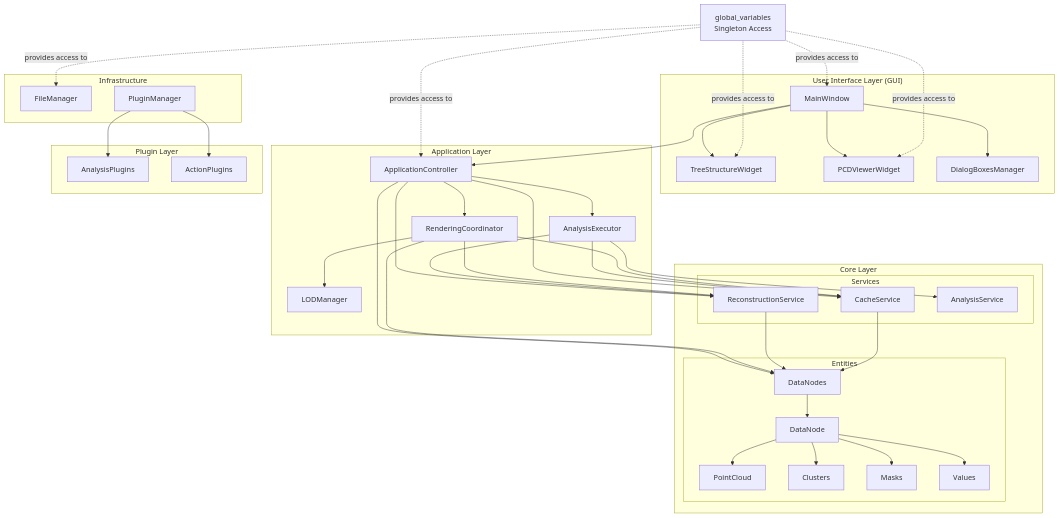
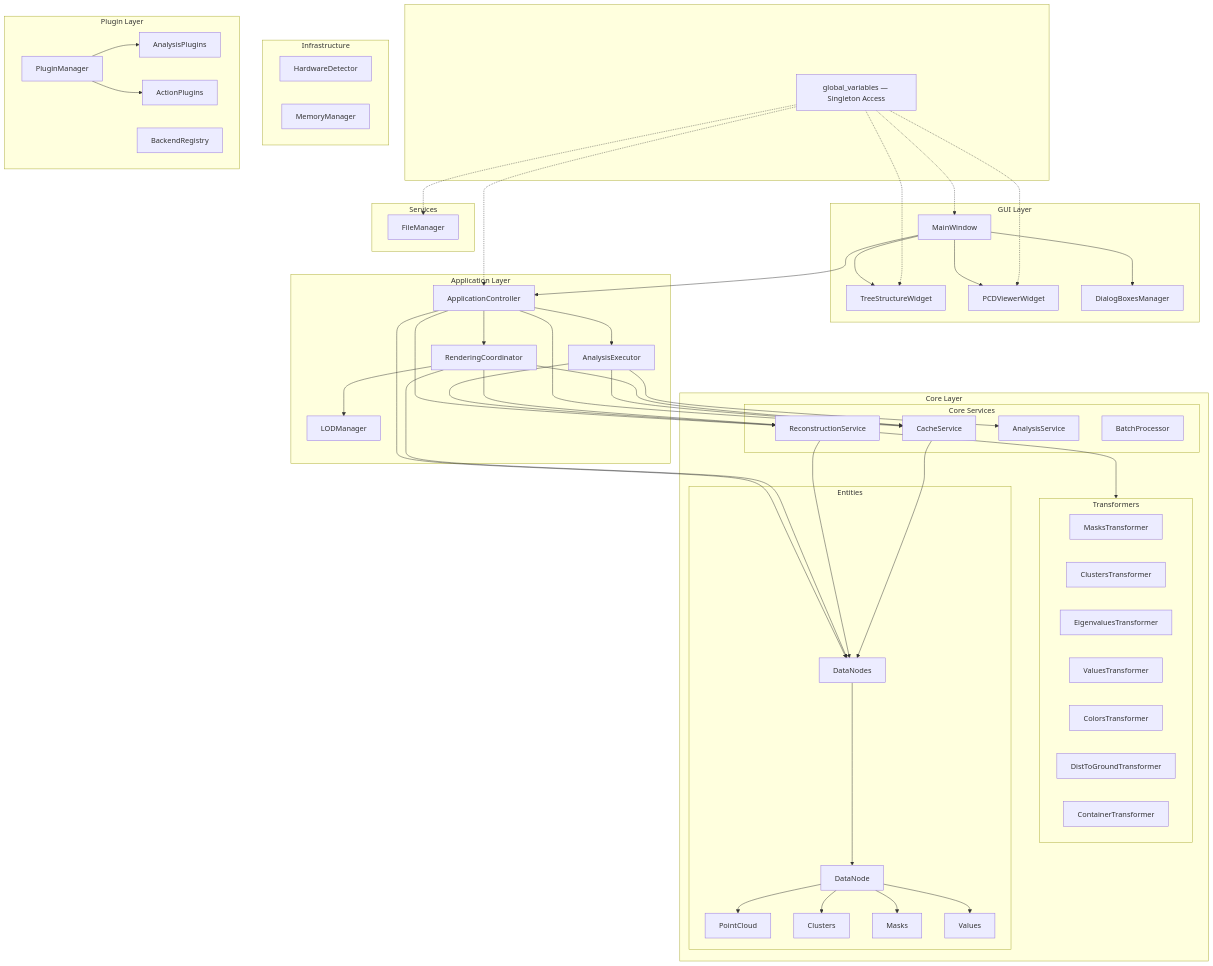
Before and after one commit to Sepehr-Sobhani-AU/SPCToolkit: the first of 8 diagrams in ARCHITECTURE.md, drawn with Mermaid. The commit also changed other lines of this file, not shown here.

First line of the commit message:
Fix 17 inaccuracies in ARCHITECTURE.md to match actual codebase

````diff
--- a/ARCHITECTURE.md
+++ b/ARCHITECTURE.md
@@ -26,6 +26,10 @@
 ```mermaid
-flowchart TB
-    subgraph UI["User Interface Layer (GUI)"]
+flowchart TD
+    subgraph GV_box [" "]
+        GV[global_variables — Singleton Access]
+    end
+
+    subgraph UI["GUI Layer"]
         MW[MainWindow]
         TW[TreeStructureWidget]
         PV[PCDViewerWidget]
@@ -40,32 +44,46 @@
     end
 
     subgraph Core["Core Layer"]
+        subgraph CoreServices["Core Services"]
+            RS[ReconstructionService]
+            CS[CacheService]
+            AS[AnalysisService]
+            BP[BatchProcessor]
+        end
+        subgraph Transformers["Transformers"]
+            TF1[MasksTransformer]
+            TF2[ClustersTransformer]
+            TF3[EigenvaluesTransformer]
+            TF4[ValuesTransformer]
+            TF5[ColorsTransformer]
+            TF6[DistToGroundTransformer]
+            TF7[ContainerTransformer]
+        end
         subgraph Entities
             DN[DataNodes]
             Node[DataNode]
             PC[PointCloud]
-            Clusters
-            Masks
-            Values
-        end
-        subgraph CoreServices["Services"]
-            RS[ReconstructionService]
-            CS[CacheService]
-            AS[AnalysisService]
+            CL[Clusters]
+            MA[Masks]
+            VA[Values]
         end
     end
 
     subgraph Infra["Infrastructure"]
-        FM[FileManager]
-        PM[PluginManager]
+        HD[HardwareDetector]
+        MM[MemoryManager]
     end
 
     subgraph Plugins["Plugin Layer"]
+        PM[PluginManager]
         AP[AnalysisPlugins]
         ActP[ActionPlugins]
+        BR[BackendRegistry]
     end
 
-    GV[global_variables\nSingleton Access]
+    subgraph Services["Services"]
+        FM[FileManager]
+    end
 
     MW --> AC
     MW --> TW
@@ -78,9 +96,9 @@
     AC --> RS
     AC --> CS
 
+    AE --> AS
     AE --> RS
     AE --> CS
-    AE --> AS
 
     RC --> DN
     RC --> RS
@@ -88,20 +106,22 @@
     RC --> LM
 
     RS --> DN
+    RS --> Transformers
+
     CS --> DN
 
     DN --> Node
     Node --> PC
-    Node --> Clusters
-    Node --> Masks
-    Node --> Values
+    Node --> CL
+    Node --> MA
+    Node --> VA
 
     PM --> AP
     PM --> ActP
 
-    GV -.->|provides access to| AC
-    GV -.->|provides access to| TW
-    GV -.->|provides access to| PV
-    GV -.->|provides access to| FM
-    GV -.->|provides access to| MW
+    GV -.-> AC
+    GV -.-> MW
+    GV -.-> TW
+    GV -.-> PV
+    GV -.-> FM
 ```
````
